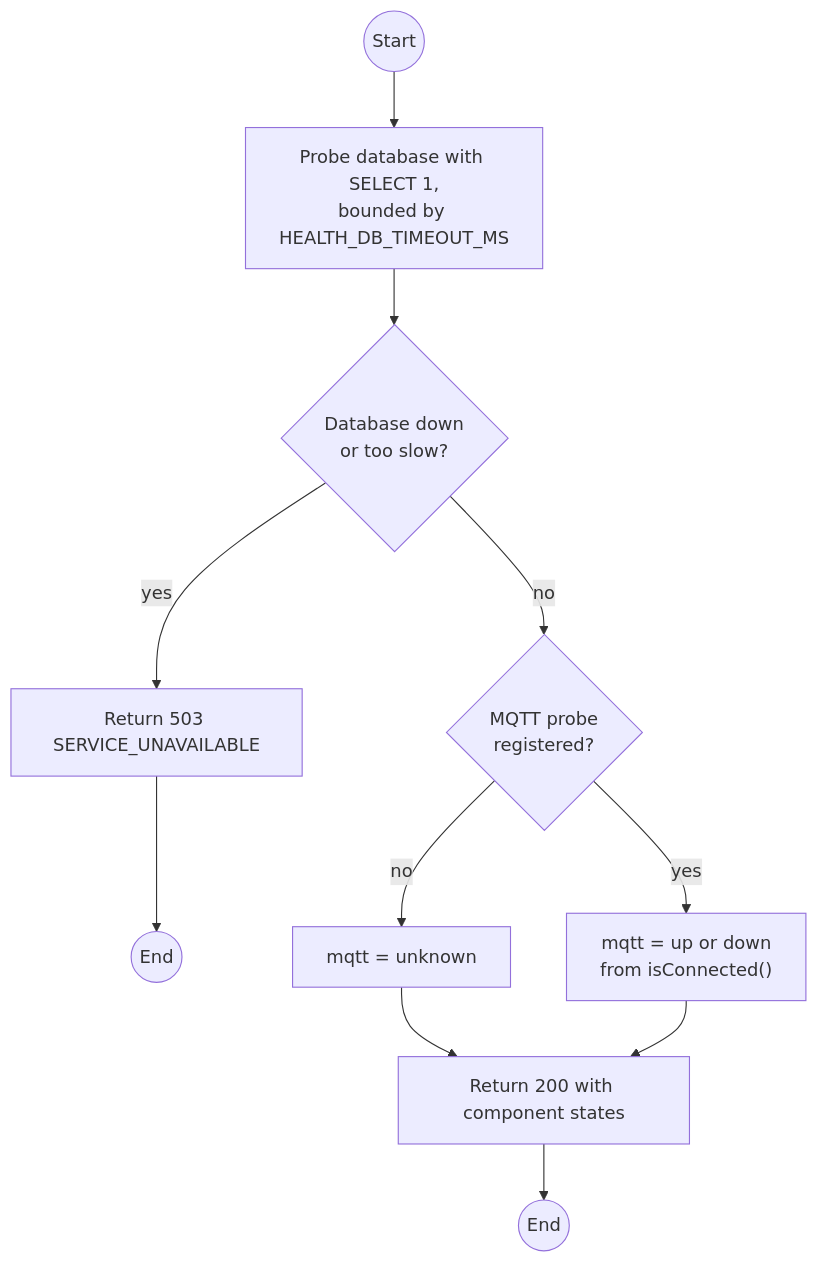
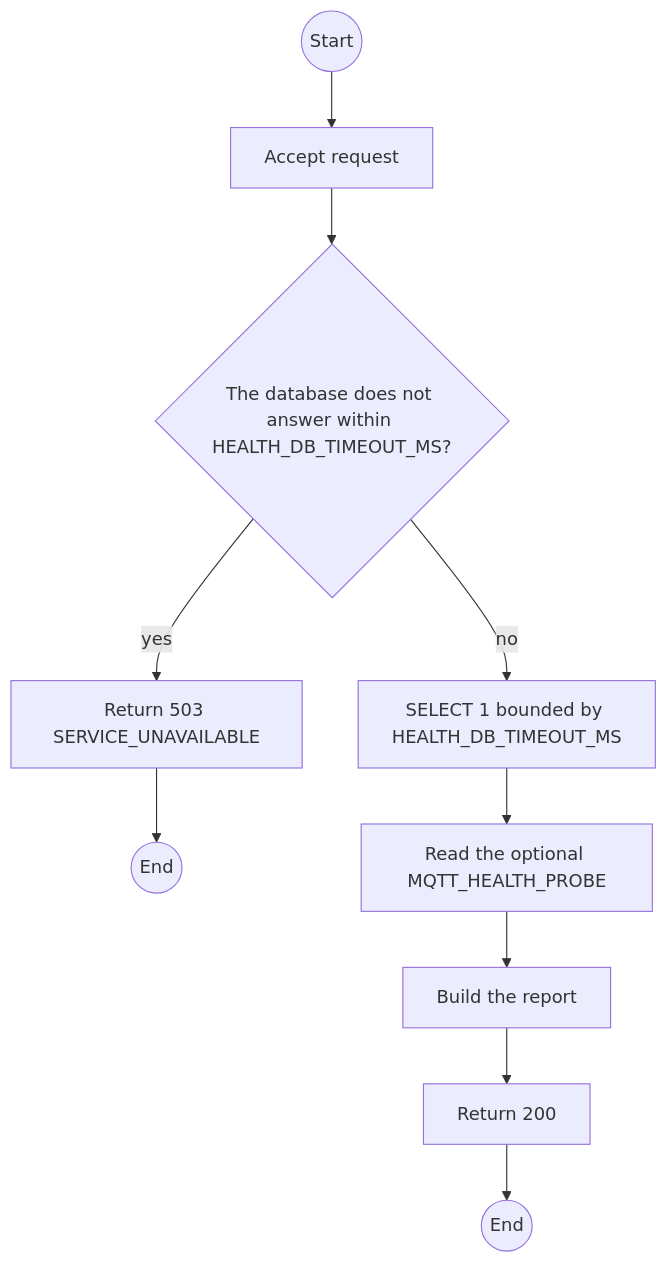
Before and after one commit to TrekLink-Team/treklink-web: the first of 2 diagrams in specs/platform/api-design/01-get-health.md, drawn with Mermaid. The commit also changed other lines of this file and 367 other files, not shown here.

First line of the commit message:
docs: rewrite the module specs and schema from the rescoped SRS

````diff
--- a/specs/platform/api-design/01-get-health.md
+++ b/specs/platform/api-design/01-get-health.md
@@ -80,21 +77,20 @@
 ```mermaid
 flowchart TB
     S((Start))
-    A1["Probe database with SELECT 1,<br/>bounded by HEALTH_DB_TIMEOUT_MS"]
-    S --> A1
-    D2{"Database down<br/>or too slow?"}
-    A1 --> D2
-    E2["Return 503 SERVICE_UNAVAILABLE"]
-    D2 -->|yes| E2
-    E2 --> X2((End))
-    D3{"MQTT probe<br/>registered?"}
-    D2 -->|no| D3
-    U["mqtt = unknown"]
-    D3 -->|no| U
-    A3["mqtt = up or down<br/>from isConnected()"]
-    D3 -->|yes| A3
-    OK["Return 200 with component states"]
-    U --> OK
-    A3 --> OK
+    A0["Accept request"]
+    S --> A0
+    D1{"The database does not answer within HEALTH_DB_TIMEOUT_MS?"}
+    A0 --> D1
+    E1["Return 503 SERVICE_UNAVAILABLE"]
+    D1 -->|yes| E1
+    E1 --> X1((End))
+    P0["SELECT 1 bounded by HEALTH_DB_TIMEOUT_MS"]
+    D1 -->|no| P0
+    P1["Read the optional MQTT_HEALTH_PROBE"]
+    P0 --> P1
+    P2["Build the report"]
+    P1 --> P2
+    OK["Return 200"]
+    P2 --> OK
     OK --> Z((End))
 ```
````
